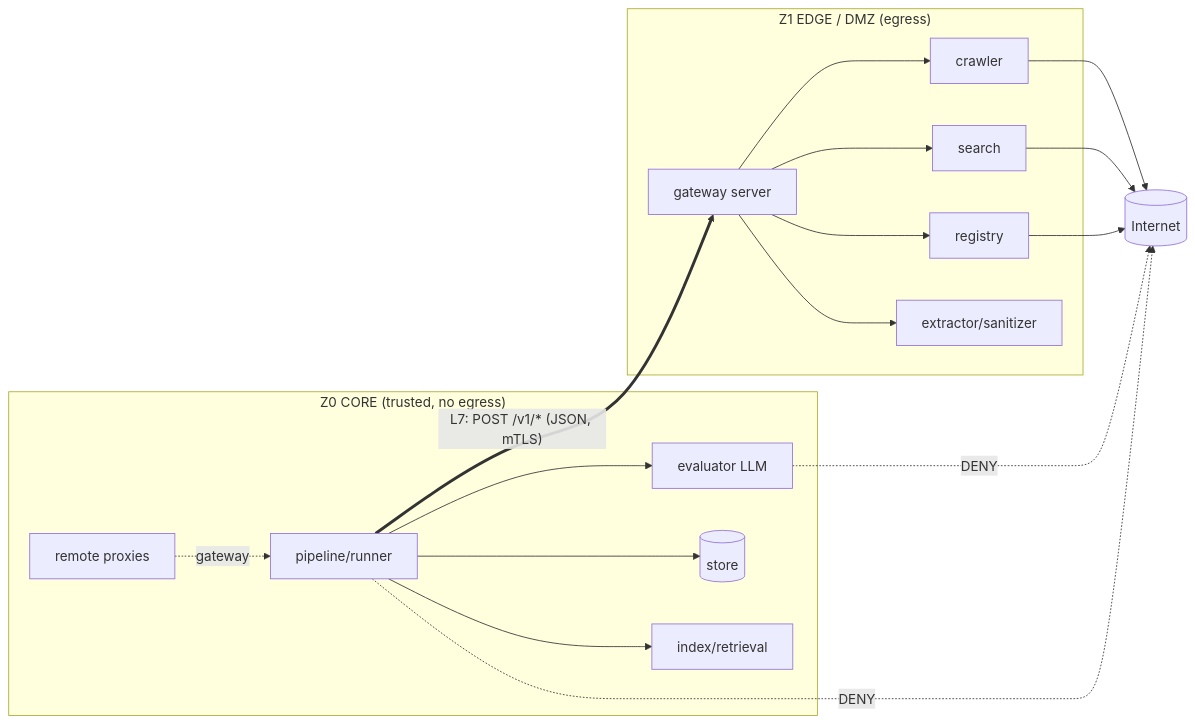
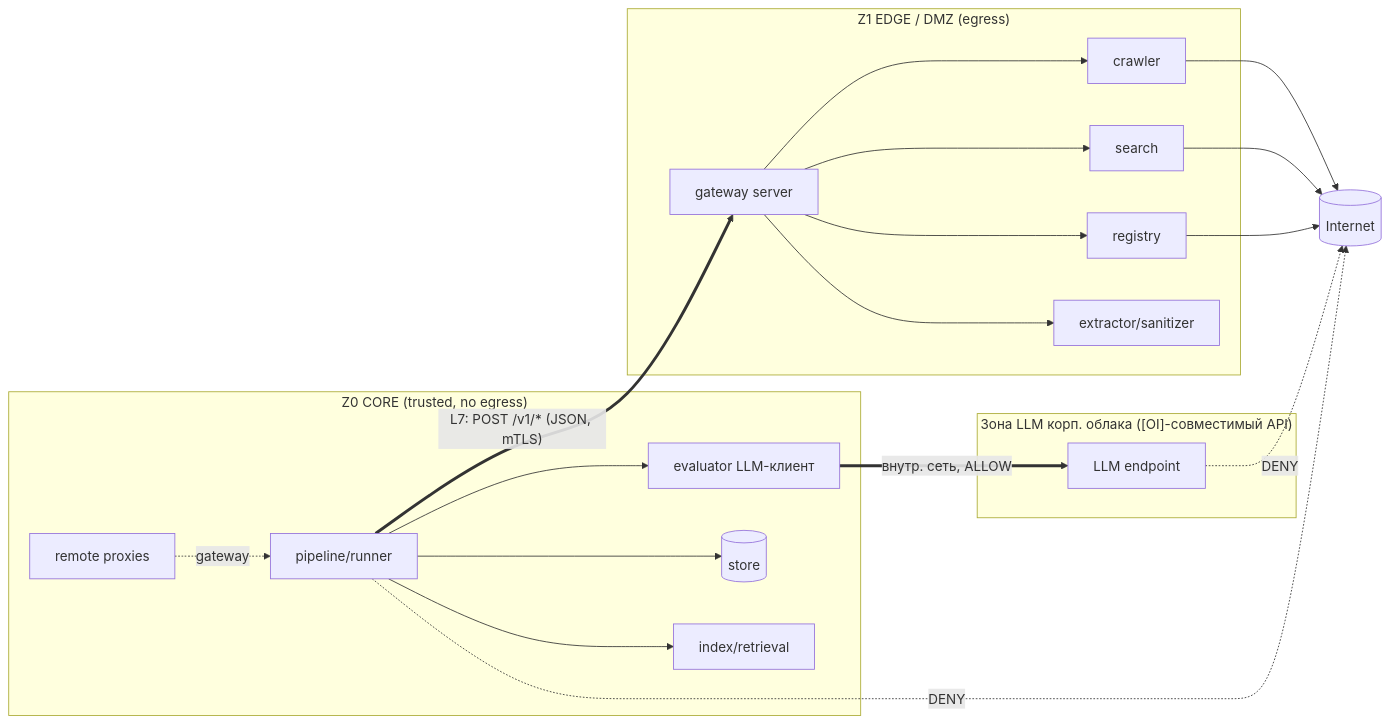
One commit to drbye78/cohound changed the diagram in docs/architecture/07-deployment-topology.md. Above: the diagram before and after it, drawn with Mermaid. The commit also changed other lines of this file and 7 other files, not shown here.

First line of the commit message:
docs: LLM-оценщик через [OI]-API корп. облака; два слота; Yandex async

````diff
--- a/docs/architecture/07-deployment-topology.md
+++ b/docs/architecture/07-deployment-topology.md
@@ -207,21 +210,25 @@
 ```mermaid
 flowchart LR
   subgraph Z0["Z0 CORE (trusted, no egress)"]
-    ORCH[pipeline/runner] --> EVAL[evaluator LLM]
+    ORCH[pipeline/runner] --> EVAL[evaluator LLM-клиент]
     ORCH --> STORE[(store)]
     ORCH --> IDX[index/retrieval]
     PROXY[remote proxies] -.->|gateway| ORCH
   end
   subgraph Z1["Z1 EDGE / DMZ (egress)"]
     GW[gateway server] --> CR[crawler]
     GW --> SE[search]
     GW --> RG[registry]
     GW --> EX[extractor/sanitizer]
   end
+  subgraph Z3["Зона LLM корп. облака ([OI]-совместимый API)"]
+    LLM[LLM endpoint]
+  end
   ORCH ==>|"L7: POST /v1/* (JSON, mTLS)"| GW
+  EVAL ==>|"внутр. сеть, ALLOW"| LLM
   CR --> NET[(Internet)]
   SE --> NET
   RG --> NET
-  EVAL -.->|DENY| NET
+  LLM -.->|DENY| NET
   ORCH -.->|DENY| NET
 ```
````
